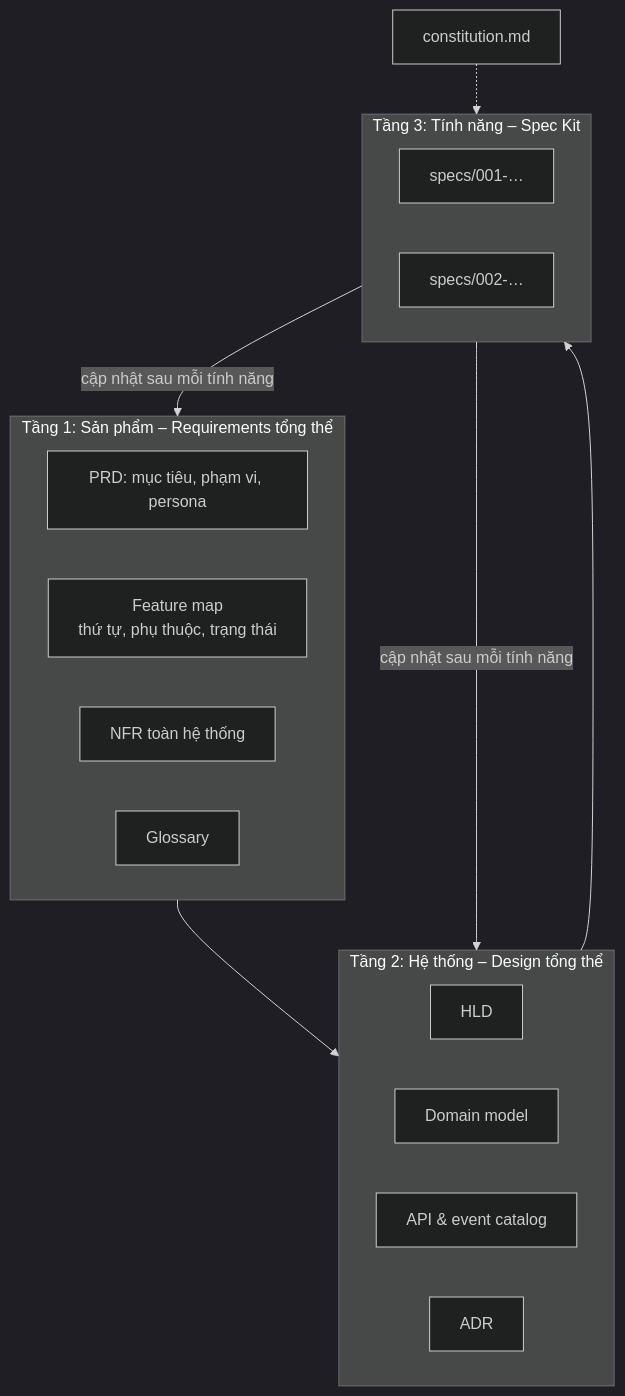
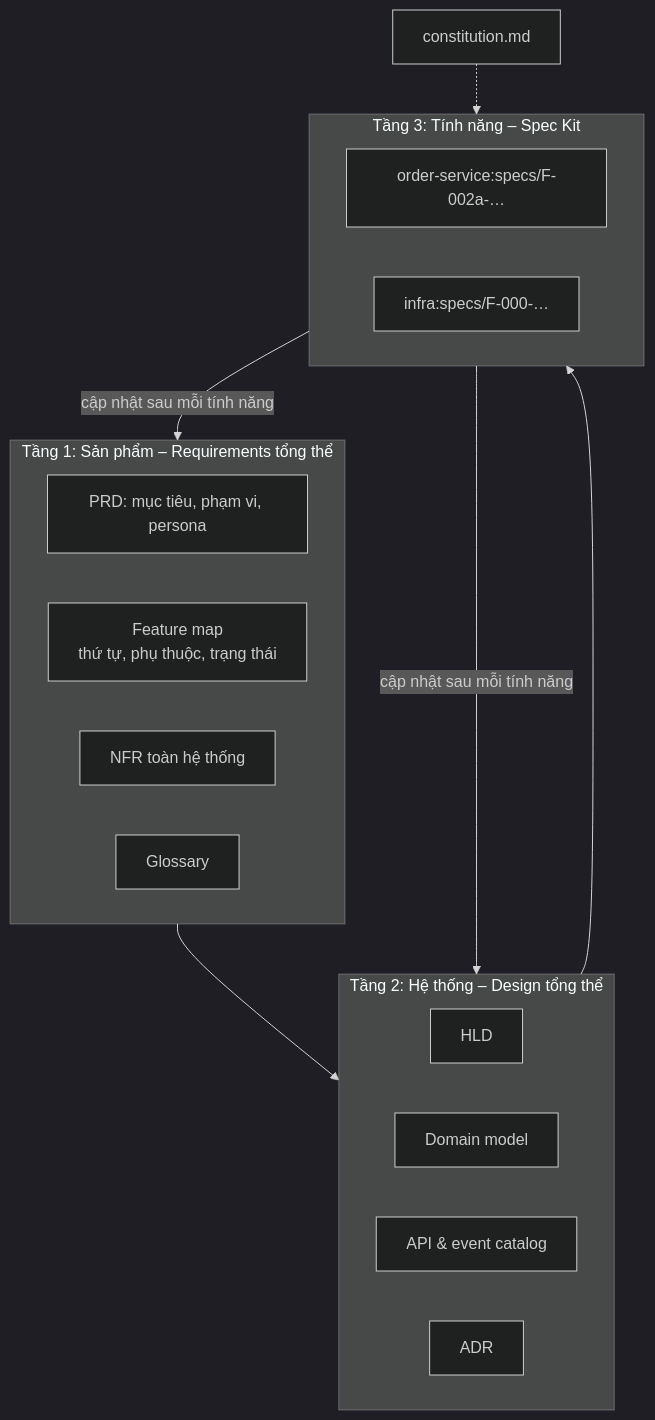
One commit to mrvntech/self-study changed the diagram in speckit-big-picture.md. Above: the diagram before and after it, drawn with Mermaid (dark theme). The commit also changed other lines of this file and 6 other files, not shown here.

````diff
--- a/speckit-big-picture.md
+++ b/speckit-big-picture.md
@@ -19,24 +19,24 @@
 ```mermaid
 flowchart TB
     subgraph L1[Tầng 1: Sản phẩm – Requirements tổng thể]
         PRD[PRD: mục tiêu, phạm vi, persona]
         MAP[Feature map<br/>thứ tự, phụ thuộc, trạng thái]
         NFR[NFR toàn hệ thống]
         GLO[Glossary]
     end
     subgraph L2[Tầng 2: Hệ thống – Design tổng thể]
         HLD[HLD]
         DOM[Domain model]
         API[API & event catalog]
         ADR[ADR]
     end
     subgraph L3[Tầng 3: Tính năng – Spec Kit]
-        F1[specs/001-…]
-        F2[specs/002-…]
+        F1[order-service:specs/F-002a-…]
+        F2[infra:specs/F-000-…]
     end
     CON[constitution.md]
     L1 --> L2 --> L3
     CON -.-> L3
     L3 -- cập nhật sau mỗi tính năng --> L1
     L3 -- cập nhật sau mỗi tính năng --> L2
 ```
````
